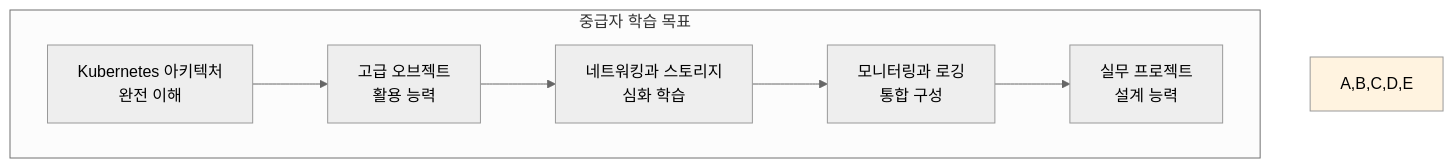
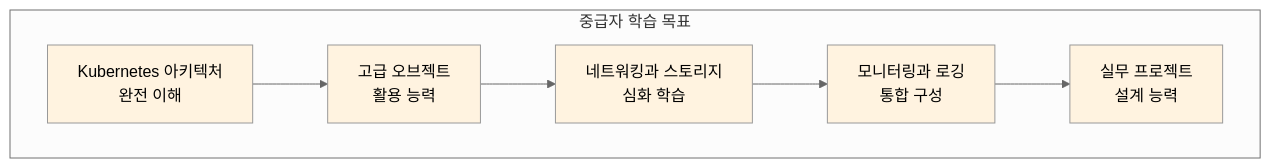
The second of 3 diagrams in theory/week_02/day4/session_5.md (niceguy61/kdt_devops_lecture_2025), drawn with Mermaid (neutral theme) before and after one commit. The commit also changed other lines of this file and 12 other files, not shown here.

Commit message:
mermaid 수정

````diff
--- a/theory/week_02/day4/session_5.md
+++ b/theory/week_02/day4/session_5.md
@@ -94,14 +98,18 @@
 ```mermaid
 graph TB
     subgraph "중급자 학습 목표"
         A[Kubernetes 아키텍처<br/>완전 이해]
         B[고급 오브젝트<br/>활용 능력]
         C[네트워킹과 스토리지<br/>심화 학습]
         D[모니터링과 로깅<br/>통합 구성]
         E[실무 프로젝트<br/>설계 능력]
     end
     
     A --> B --> C --> D --> E
     
-    style A,B,C,D,E fill:#fff3e0
+    style A fill:#fff3e0
+    style B fill:#fff3e0
+    style C fill:#fff3e0
+    style D fill:#fff3e0
+    style E fill:#fff3e0
 ```
````
